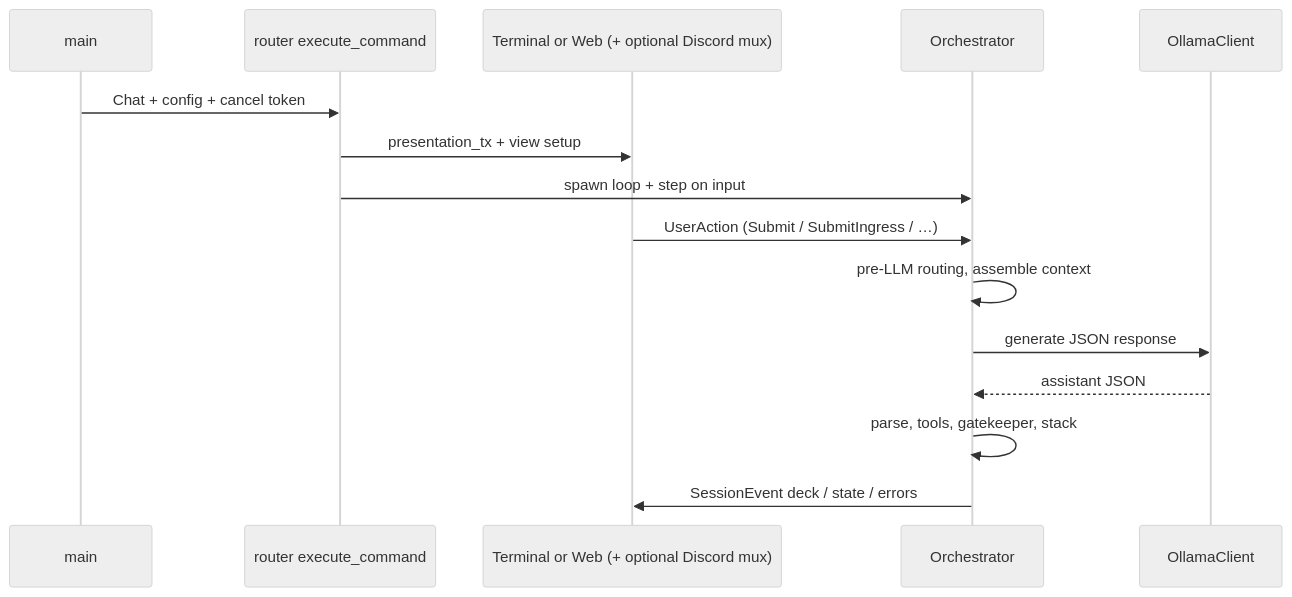
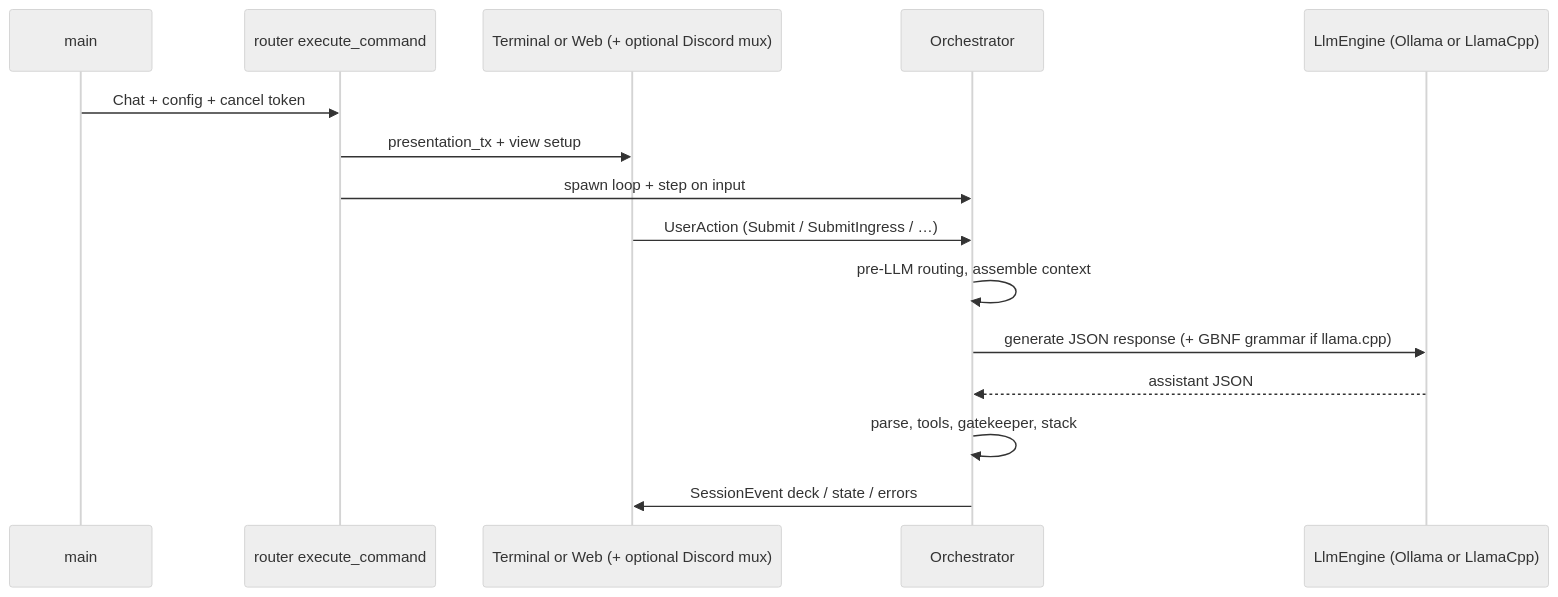
One commit to janpauldahlke/eris changed the second of 2 diagrams in docs/updated_architecture/00_OVERVIEW.md. Above: the diagram before and after it, drawn with Mermaid (neutral theme). The commit also changed other lines of this file and 12 other files, not shown here.

````diff
--- a/docs/updated_architecture/00_OVERVIEW.md
+++ b/docs/updated_architecture/00_OVERVIEW.md
@@ -62,18 +68,18 @@
 ```mermaid
 sequenceDiagram
     participant M as main
     participant R as router execute_command
     participant V as Terminal or Web (+ optional Discord mux)
     participant O as Orchestrator
-    participant E as OllamaClient
+    participant E as LlmEngine (Ollama or LlamaCpp)
 
     M->>R: Chat + config + cancel token
     R->>V: presentation_tx + view setup
     R->>O: spawn loop + step on input
     V->>O: UserAction (Submit / SubmitIngress / …)
     O->>O: pre-LLM routing, assemble context
-    O->>E: generate JSON response
+    O->>E: generate JSON response (+ GBNF grammar if llama.cpp)
     E-->>O: assistant JSON
     O->>O: parse, tools, gatekeeper, stack
     O->>V: SessionEvent deck / state / errors
 ```
````
